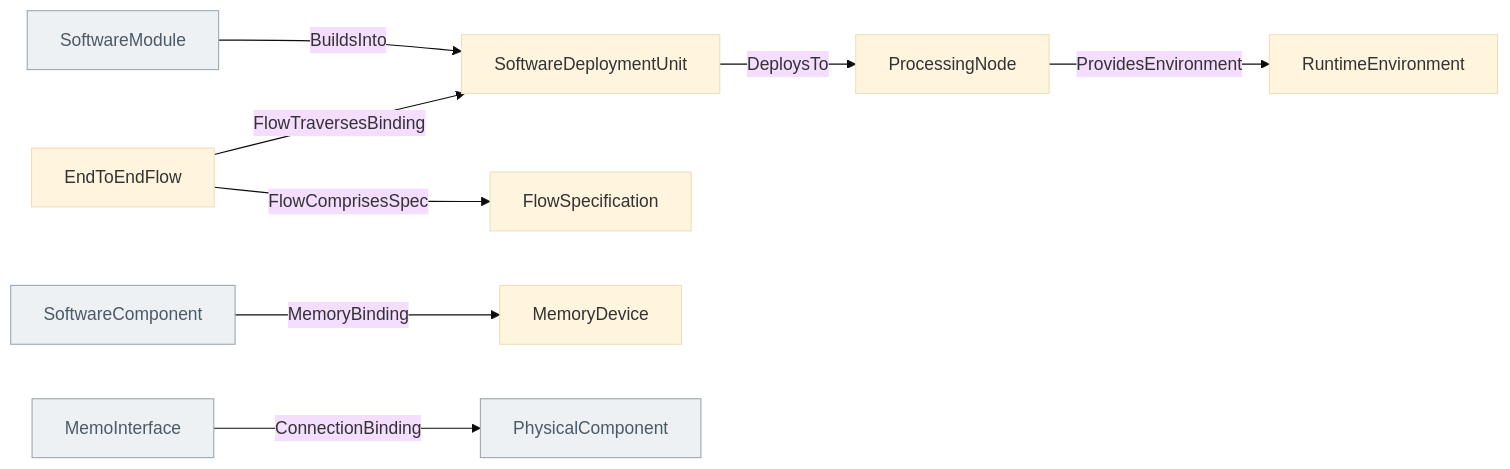
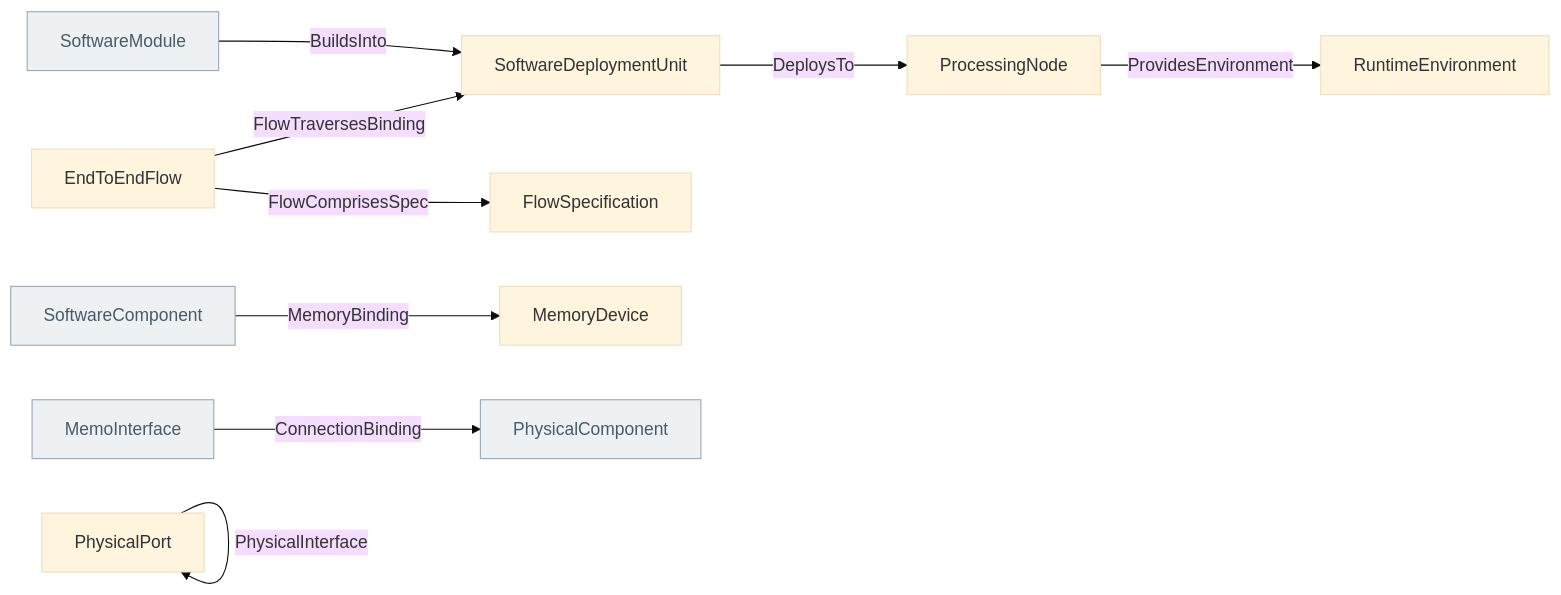
One commit to memoarchitect/memo changed the diagram in docs/ontology/_generated/realization.md. Above: the diagram before and after it, drawn with Mermaid (base theme). The commit also changed other lines of this file and 21 other files, not shown here.

````diff
--- a/docs/ontology/_generated/realization.md
+++ b/docs/ontology/_generated/realization.md
@@ -27,21 +27,23 @@
 ```mermaid
 flowchart LR
   SoftwareModule["SoftwareModule"]:::other
   SoftwareDeploymentUnit["SoftwareDeploymentUnit"]
   ProcessingNode["ProcessingNode"]
   RuntimeEnvironment["RuntimeEnvironment"]
   SoftwareComponent["SoftwareComponent"]:::other
   MemoryDevice["MemoryDevice"]
   MemoInterface["MemoInterface"]:::other
   PhysicalComponent["PhysicalComponent"]:::other
   EndToEndFlow["EndToEndFlow"]
   FlowSpecification["FlowSpecification"]
+  PhysicalPort["PhysicalPort"]
   SoftwareModule -->|BuildsInto| SoftwareDeploymentUnit
   SoftwareDeploymentUnit -->|DeploysTo| ProcessingNode
   ProcessingNode -->|ProvidesEnvironment| RuntimeEnvironment
   SoftwareComponent -->|MemoryBinding| MemoryDevice
   MemoInterface -->|ConnectionBinding| PhysicalComponent
   EndToEndFlow -->|FlowComprisesSpec| FlowSpecification
   EndToEndFlow -->|FlowTraversesBinding| SoftwareDeploymentUnit
+  PhysicalPort -->|PhysicalInterface| PhysicalPort
   classDef other fill:#eef1f4,stroke:#9aa7b2,color:#4a5a66
 ```
````
